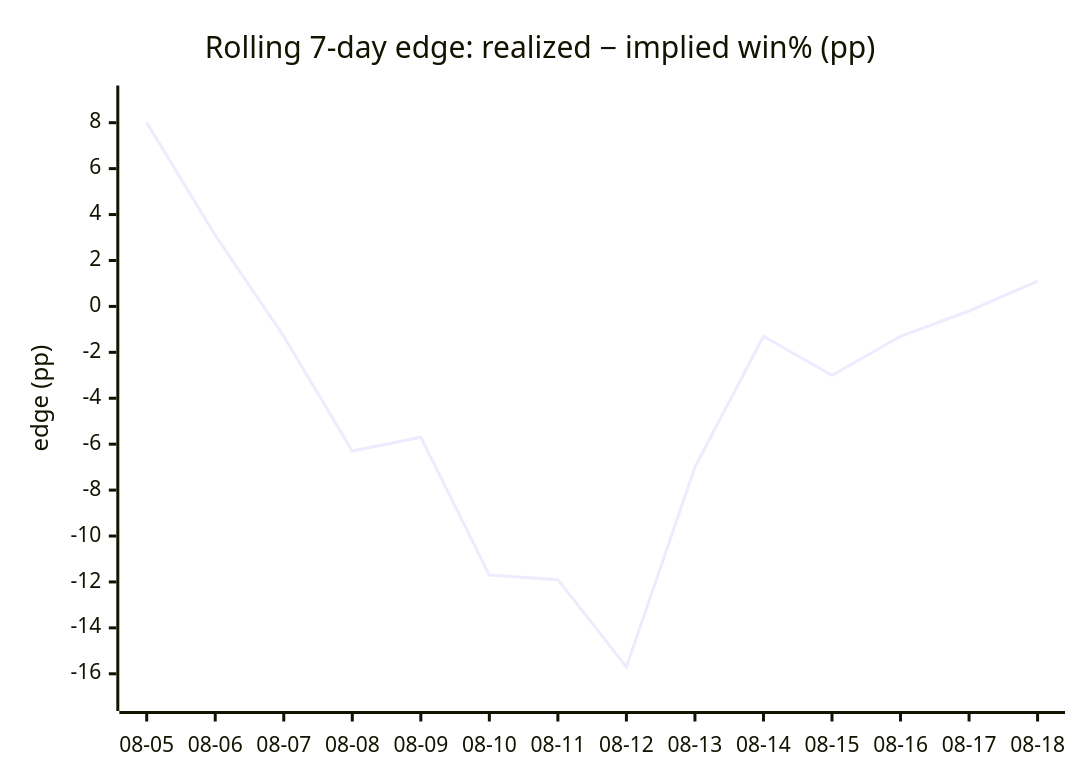
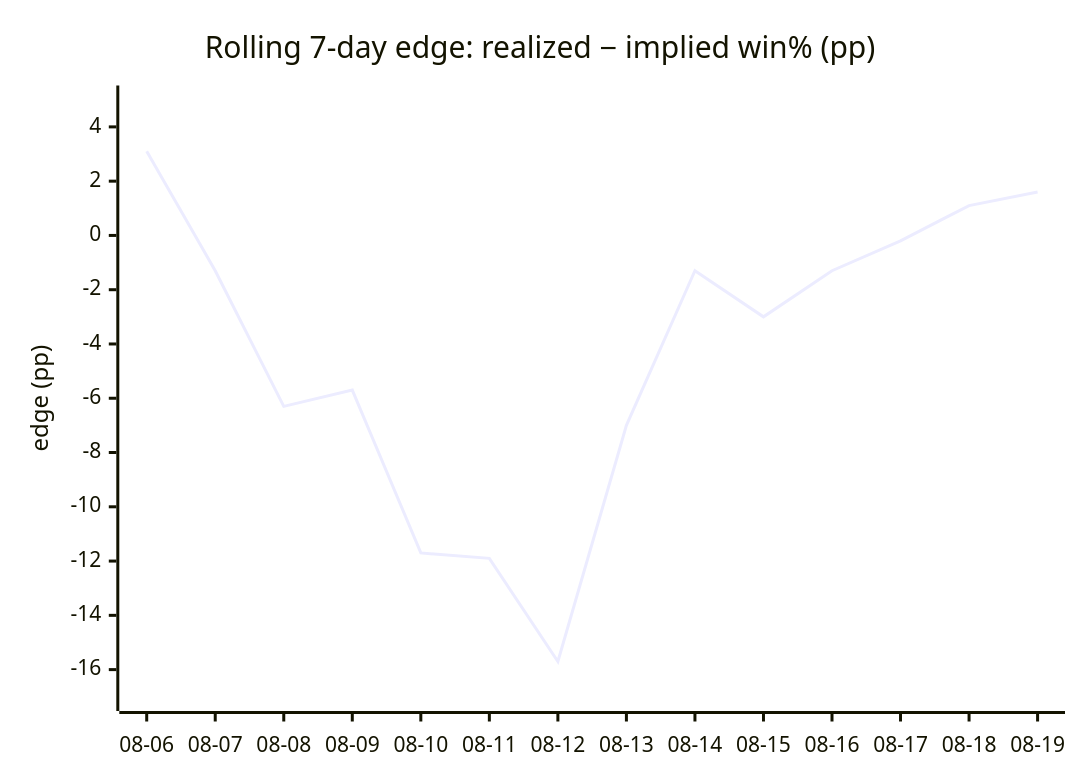
The fourth of 4 diagrams in DAILY_AGSU_REPORT.md (dpk1212/nhl-savant), drawn with Mermaid before and after one commit. The commit also changed other lines of this file, not shown here.

````diff
--- a/DAILY_AGSU_REPORT.md
+++ b/DAILY_AGSU_REPORT.md
@@ -819,7 +839,7 @@
 ```mermaid
 xychart-beta
     title "Rolling 7-day edge: realized − implied win% (pp)"
-    x-axis ["08-05", "08-06", "08-07", "08-08", "08-09", "08-10", "08-11", "08-12", "08-13", "08-14", "08-15", "08-16", "08-17", "08-18"]
-    y-axis "edge (pp)" -17 --> 9
-    line [8, 3.1, -1.3, -6.3, -5.7, -11.7, -11.9, -15.7, -7, -1.3, -3, -1.3, -0.2, 1.1]
+    x-axis ["08-06", "08-07", "08-08", "08-09", "08-10", "08-11", "08-12", "08-13", "08-14", "08-15", "08-16", "08-17", "08-18", "08-19"]
+    y-axis "edge (pp)" -17 --> 5
+    line [3.1, -1.3, -6.3, -5.7, -11.7, -11.9, -15.7, -7, -1.3, -3, -1.3, -0.2, 1.1, 1.6]
 ```
````
